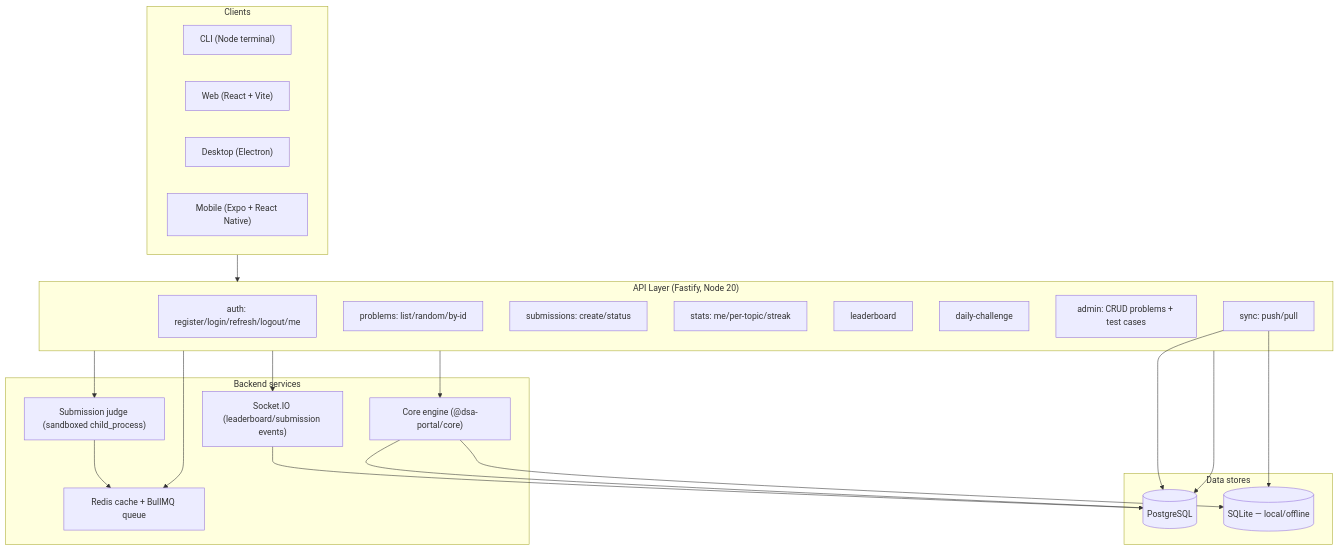
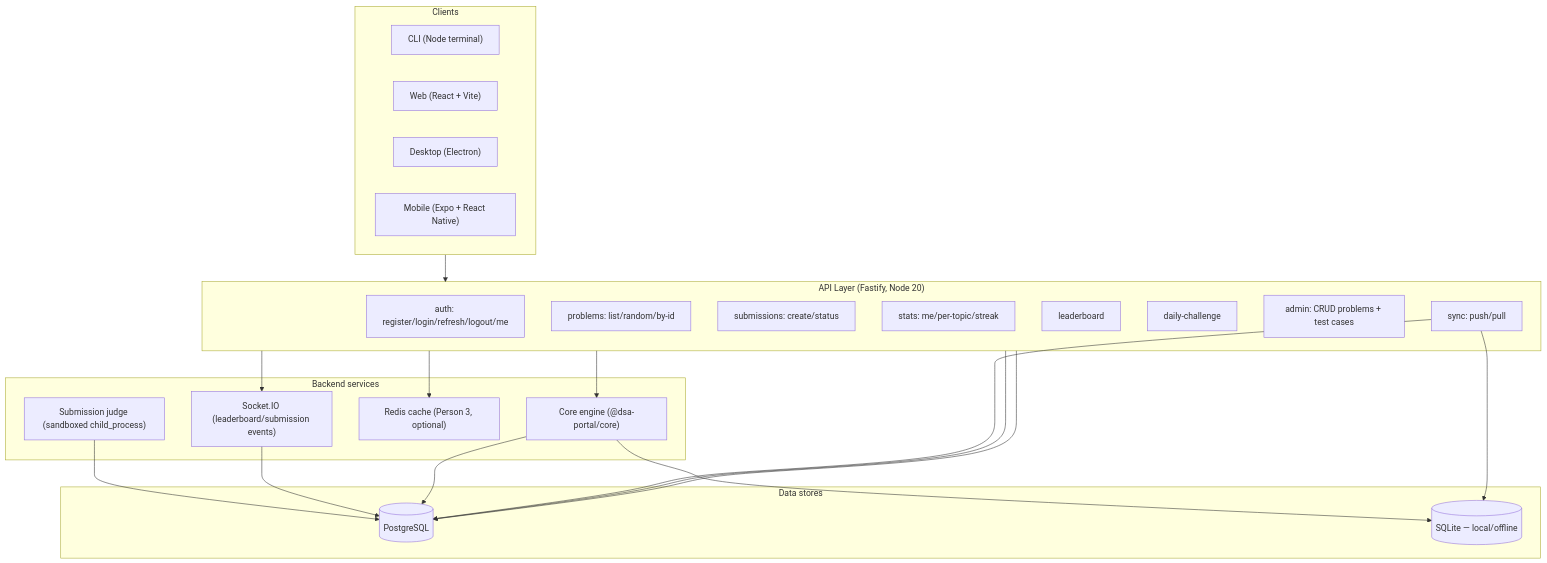
Before and after one commit to ArshOnGit1607/DSA_Portal: the first of 3 diagrams in docs/architecture.md, drawn with Mermaid. The commit also changed other lines of this file and 29 other files, not shown here.

Commit message:
Day 5 PostgreSQL submission queue + worker process (person-1/day-5)

````diff
--- a/docs/architecture.md
+++ b/docs/architecture.md
@@ -5,45 +5,45 @@
 ```mermaid
 flowchart TD
     subgraph ClientLayer ["Clients"]
         CLI["CLI (Node terminal)"]
         Web["Web (React + Vite)"]
         Desktop["Desktop (Electron)"]
         Mobile["Mobile (Expo + React Native)"]
     end
 
     subgraph API ["API Layer (Fastify, Node 20)"]
         Auth["auth: register/login/refresh/logout/me"]
         Problems["problems: list/random/by-id"]
         Submissions["submissions: create/status"]
         Stats["stats: me/per-topic/streak"]
         Leaderboard["leaderboard"]
         Daily["daily-challenge"]
         Admin["admin: CRUD problems + test cases"]
         Sync["sync: push/pull"]
     end
 
     subgraph Services ["Backend services"]
         Engine["Core engine (@dsa-portal/core)"]
         Judge["Submission judge (sandboxed child_process)"]
-        Cache["Redis cache + BullMQ queue"]
+        Cache["Redis cache (Person 3, optional)"]
         Realtime["Socket.IO (leaderboard/submission events)"]
     end
 
     subgraph Data ["Data stores"]
         PG[(PostgreSQL)]
         SQLite[(SQLite — local/offline)]
     end
 
     ClientLayer --> API
     API --> Engine
-    API --> Judge
+    API --> PG
     API --> Cache
     API --> Realtime
-    Judge --> Cache
+    Judge --> PG
     Realtime --> PG
     Engine --> PG
     Engine --> SQLite
     API --> PG
     Sync --> PG
     Sync --> SQLite
 ```
````
